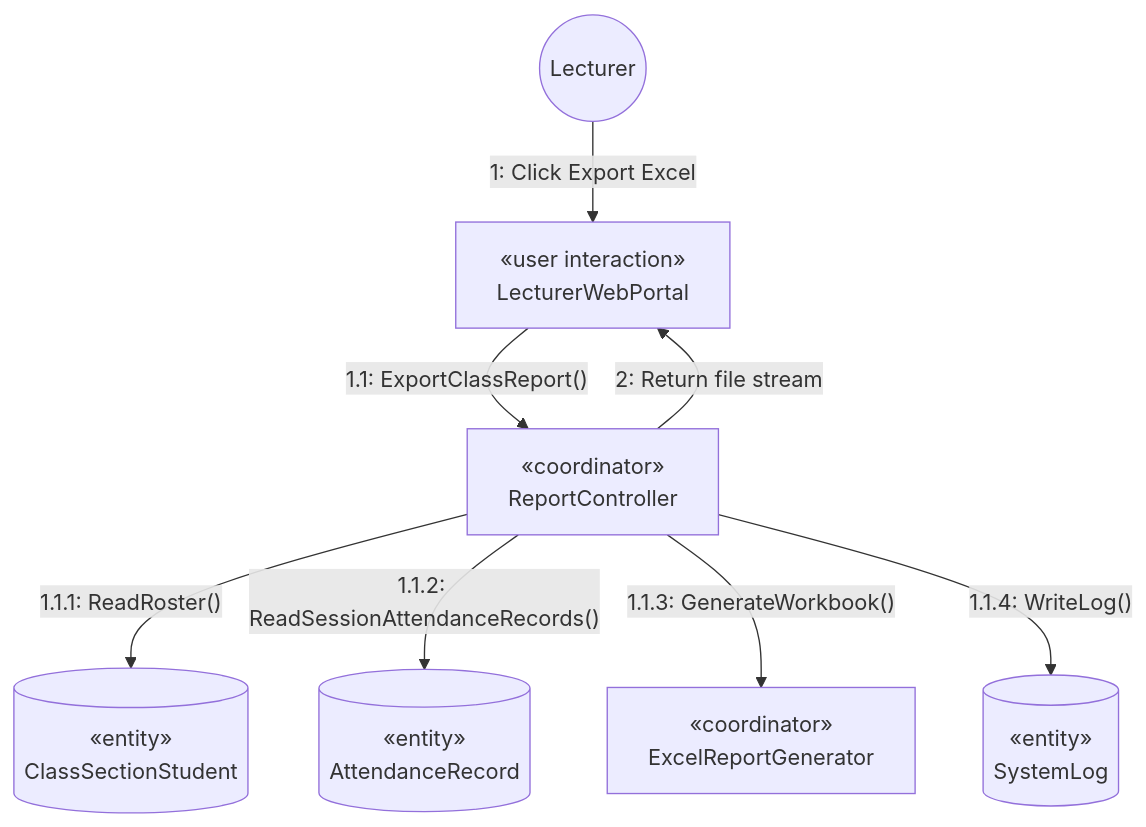
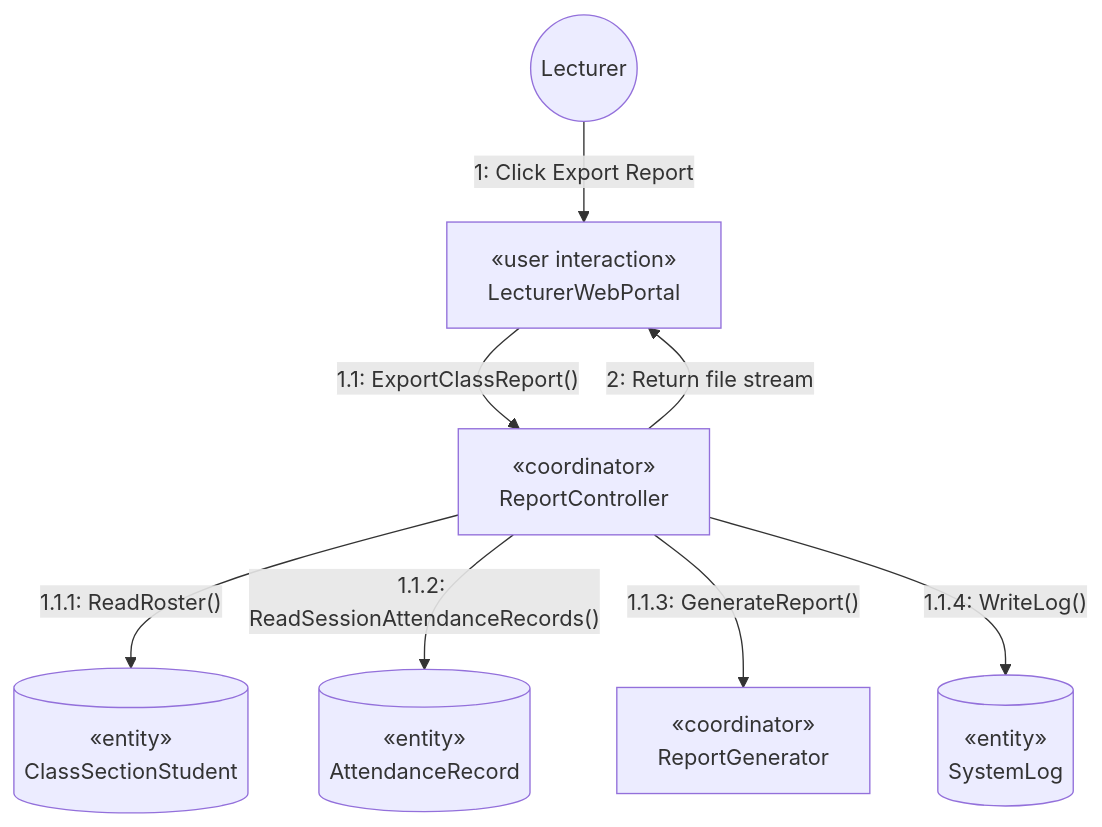
One commit to nttung42/SWD392 changed diagram 20 of 27 in AFAS_RDS_Document_Part1B_Analysis_models.md. Above: the diagram before and after it, drawn with Mermaid. The commit also changed other lines of this file and 3 other files, not shown here.

````diff
--- a/AFAS_RDS_Document_Part1B_Analysis_models.md
+++ b/AFAS_RDS_Document_Part1B_Analysis_models.md
@@ -1097,19 +1094,19 @@
 ```mermaid
 graph TD
     GV((Lecturer))
     LWP["«user interaction»<br>LecturerWebPortal"]
     RC["«coordinator»<br>ReportController"]
     CSS[("«entity»<br>ClassSectionStudent")]
     AR[("«entity»<br>AttendanceRecord")]
-    XLS["«coordinator»<br>ExcelReportGenerator"]
+    REP["«coordinator»<br>ReportGenerator"]
     SL[("«entity»<br>SystemLog")]
 
     %% Connections and Messages
-    GV -->|"1: Click Export Excel"| LWP
+    GV -->|"1: Click Export Report"| LWP
     LWP -->|"1.1: ExportClassReport()"| RC
     RC -->|"1.1.1: ReadRoster()"| CSS
     RC -->|"1.1.2: ReadSessionAttendanceRecords()"| AR
-    RC -->|"1.1.3: GenerateWorkbook()"| XLS
+    RC -->|"1.1.3: GenerateReport()"| REP
     RC -->|"1.1.4: WriteLog()"| SL
     RC -->|"2: Return file stream"| LWP
 ```
````
